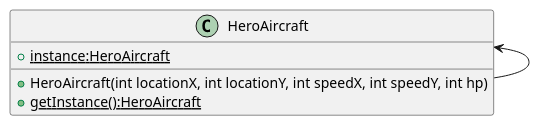
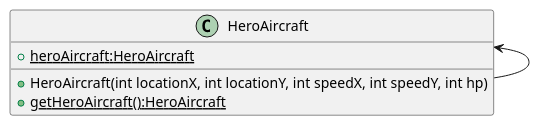
One commit to xrlexpert/Aircraft-War changed the diagram in uml/Singleton.puml. Above: the diagram before and after it, drawn with PlantUML. The commit also changed 3 other files, not shown here.

```diff
--- a/uml/Singleton.puml
+++ b/uml/Singleton.puml
@@ -1,11 +1,11 @@
 @startuml
 'https://plantuml.com/class-diagram
 class HeroAircraft{
-        +{static} instance:HeroAircraft
+        +{static} heroAircraft:HeroAircraft
         + HeroAircraft(int locationX, int locationY, int speedX, int speedY, int hp)
-        +{static} getInstance():HeroAircraft
+        +{static} getHeroAircraft():HeroAircraft
 }
 HeroAircraft <-- HeroAircraft
 
 
 @enduml
```
